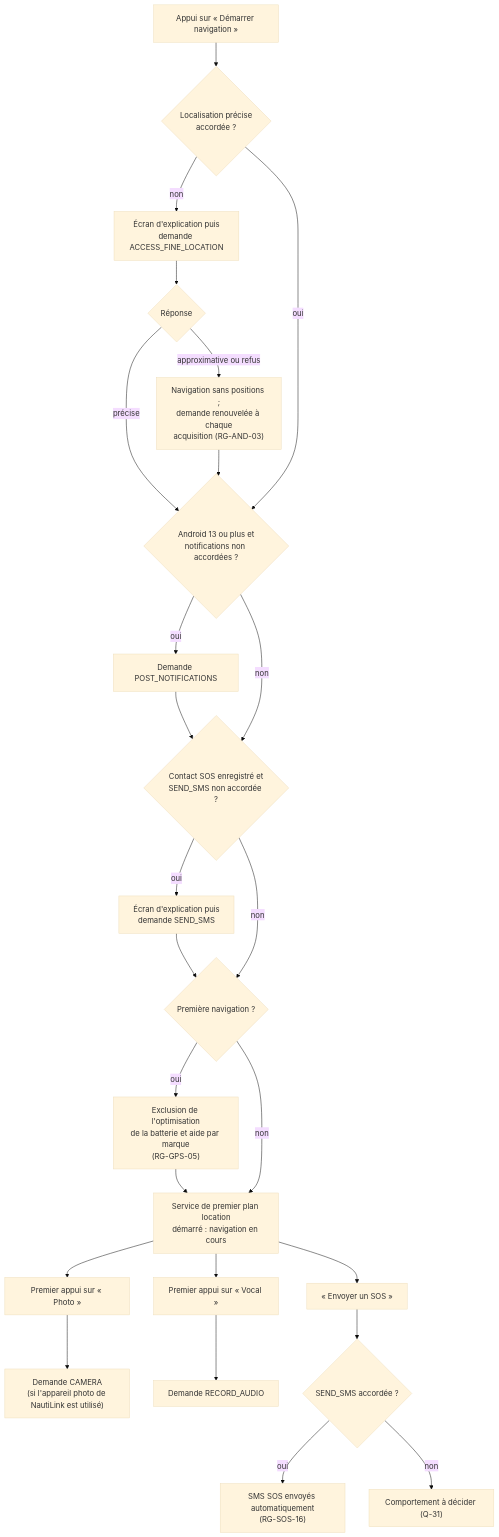
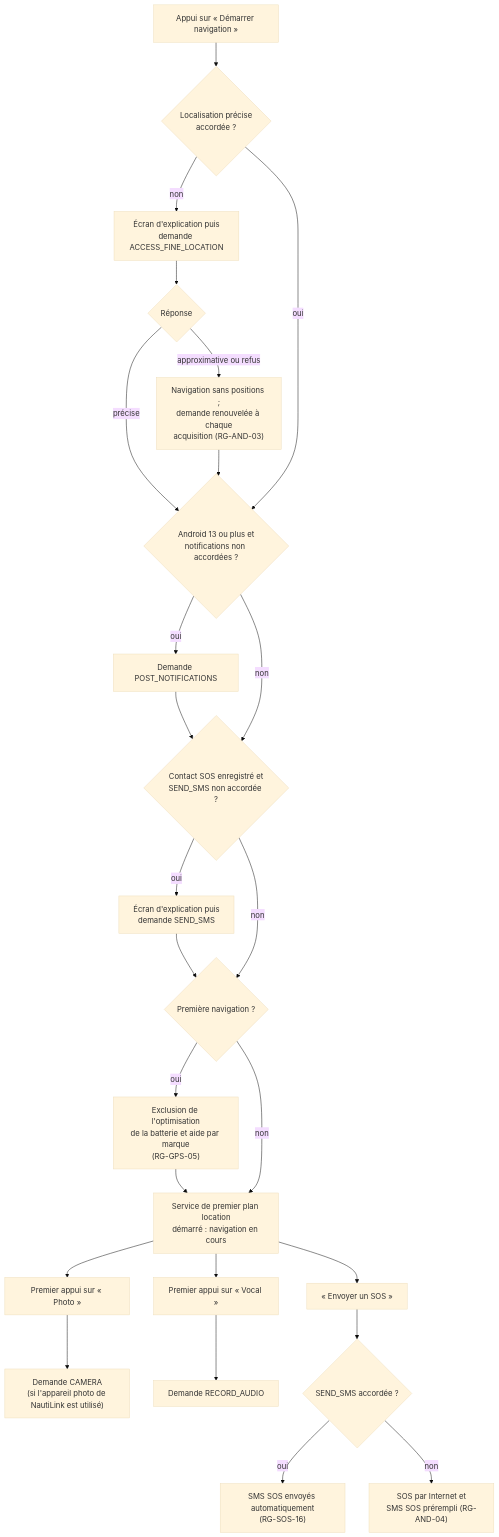
Before and after one commit to gmoulard/NautiLink: the diagram in docs/etudes/autorisations-android.md, drawn with Mermaid (base theme). The commit also changed other lines of this file and 4 other files, not shown here.

````diff
--- a/docs/etudes/autorisations-android.md
+++ b/docs/etudes/autorisations-android.md
@@ -56,20 +56,20 @@
 ```mermaid
 flowchart TD
     A["Appui sur « Démarrer navigation »"] --> B{"Localisation précise<br/>accordée ?"}
     B -- non --> B1["Écran d'explication puis<br/>demande ACCESS_FINE_LOCATION"]
     B1 --> B2{"Réponse"}
     B2 -- "précise" --> C
     B2 -- "approximative ou refus" --> BX["Navigation sans positions ;<br/>demande renouvelée à chaque<br/>acquisition (RG-AND-03)"] --> C
     B -- oui --> C{"Android 13 ou plus et<br/>notifications non accordées ?"}
     C -- oui --> C1["Demande POST_NOTIFICATIONS"] --> D
     C -- non --> D{"Contact SOS enregistré et<br/>SEND_SMS non accordée ?"}
     D -- oui --> D1["Écran d'explication puis<br/>demande SEND_SMS"] --> E
     D -- non --> E{"Première navigation ?"}
     E -- oui --> E1["Exclusion de l'optimisation<br/>de la batterie et aide par marque<br/>(RG-GPS-05)"] --> F
     E -- non --> F["Service de premier plan location<br/>démarré : navigation en cours"]
     F --> G["Premier appui sur « Photo »"] --> G1["Demande CAMERA<br/>(si l'appareil photo de NautiLink est utilisé)"]
     F --> H["Premier appui sur « Vocal »"] --> H1["Demande RECORD_AUDIO"]
     F --> I["« Envoyer un SOS »"] --> I1{"SEND_SMS accordée ?"}
     I1 -- oui --> I2["SMS SOS envoyés automatiquement<br/>(RG-SOS-16)"]
-    I1 -- non --> I3["Comportement à décider (Q-31)"]
+    I1 -- non --> I3["SOS par Internet et<br/>SMS SOS prérempli (RG-AND-04)"]
 ```
````
